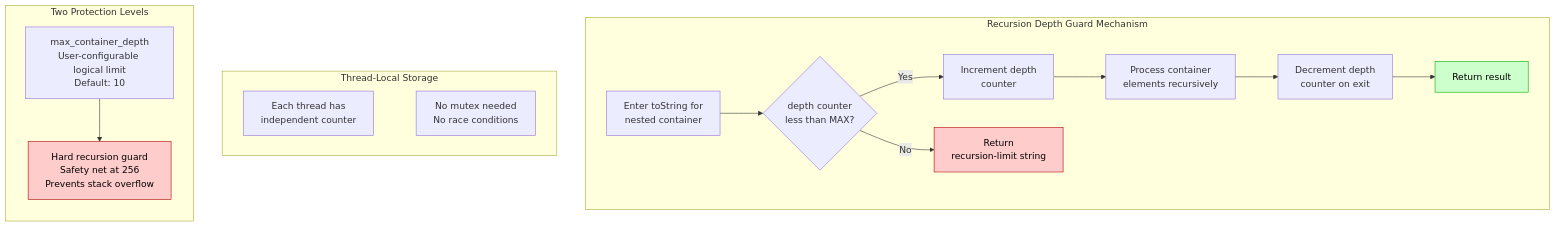
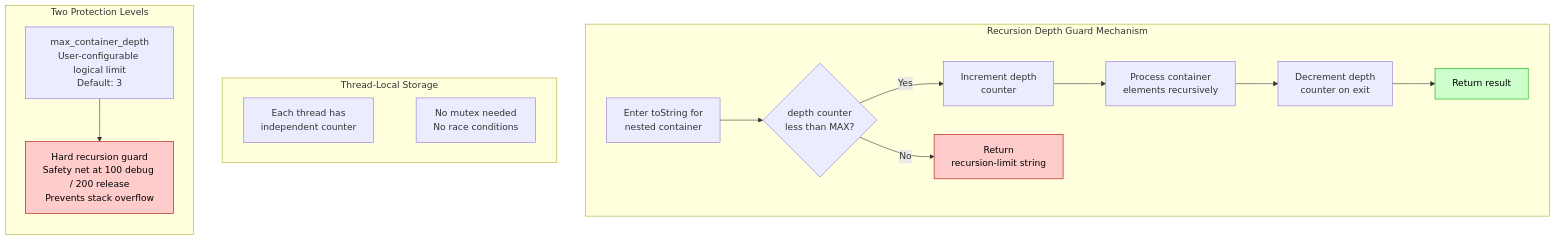
Before and after one commit to schroedermatthew/FatP: the third of 8 diagrams in components/Stringify/docs/User Manual - Stringify.md, drawn with Mermaid. The commit also changed other lines of this file and 103 other files, not shown here.

````diff
--- a/components/Stringify/docs/User Manual - Stringify.md
+++ b/components/Stringify/docs/User Manual - Stringify.md
@@ -1524,32 +1526,32 @@
 ```mermaid
 flowchart TB
     subgraph Guard ["Recursion Depth Guard Mechanism"]
         Enter["Enter toString for<br/>nested container"] --> Check
         
         Check{"depth counter<br/>less than MAX?"}
         Check -->|Yes| Inc["Increment depth<br/>counter"]
         Inc --> Process["Process container<br/>elements recursively"]
         Process --> Dec["Decrement depth<br/>counter on exit"]
         Dec --> Return["Return result"]
         
         Check -->|No| Limit["Return<br/>recursion-limit string"]
     end
 
     subgraph Storage ["Thread-Local Storage"]
         direction LR
         TLS["Each thread has<br/>independent counter"]
         Safe["No mutex needed<br/>No race conditions"]
         TLS ~~~ Safe
     end
 
     subgraph Limits ["Two Protection Levels"]
         direction TB
-        L1["max_container_depth<br/>User-configurable logical limit<br/>Default: 10"]
-        L2["Hard recursion guard<br/>Safety net at 256<br/>Prevents stack overflow"]
+        L1["max_container_depth<br/>User-configurable logical limit<br/>Default: 3"]
+        L2["Hard recursion guard<br/>Safety net at 100 debug / 200 release<br/>Prevents stack overflow"]
         L1 --> L2
     end
 
     style Return fill:#ccffcc,stroke:#0a0,color:#000
     style Limit fill:#ffcccc,stroke:#a00,color:#000
     style L2 fill:#ffcccc,stroke:#a00,color:#000
 ```
````
